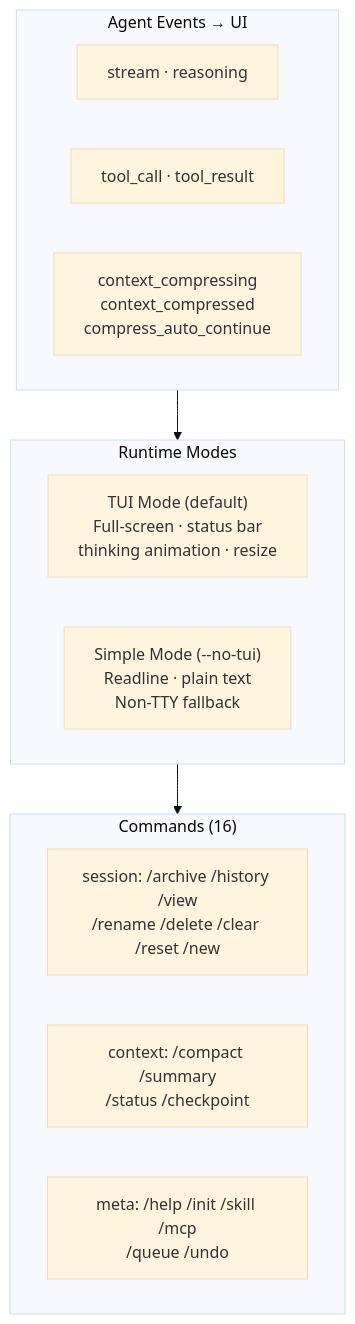
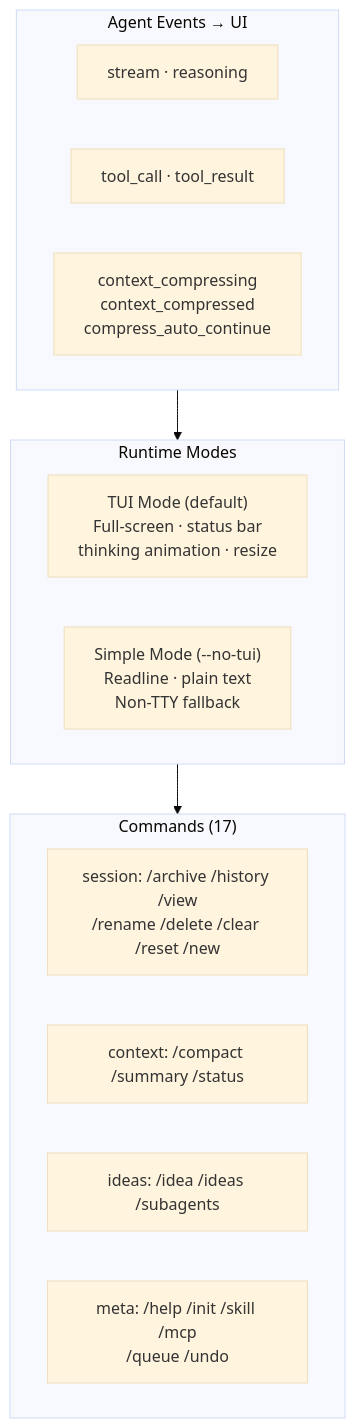
Before and after one commit to linnin233/spica-cli: diagram 12 of 12 in README.md, drawn with Mermaid (base theme). The commit also changed other lines of this file and 3 other files, not shown here.

Commit message:
[spica] docs: update for v85b5606 — checkpoint→idea, tool counts, slash commands, skills

````diff
--- a/README.md
+++ b/README.md
@@ -462,19 +463,20 @@
 ```mermaid
 flowchart TD
     subgraph MODES["Runtime Modes"]
         TUI_MODE["TUI Mode (default)<br/>Full-screen · status bar<br/>thinking animation · resize"]
         SIMPLE["Simple Mode (--no-tui)<br/>Readline · plain text<br/>Non-TTY fallback"]
     end
-    subgraph CMDS["Commands (16)"]
+    subgraph CMDS["Commands (17)"]
         SES["session: /archive /history /view<br/>/rename /delete /clear /reset /new"]
-        CTX["context: /compact /summary<br/>/status /checkpoint"]
+        CTX["context: /compact /summary /status"]
+        IDEAS["ideas: /idea /ideas /subagents"]
         META["meta: /help /init /skill /mcp<br/>/queue /undo"]
     end
     subgraph EVT["Agent Events → UI"]
         SE["stream · reasoning"]
         TE["tool_call · tool_result"]
         CE["context_compressing<br/>context_compressed<br/>compress_auto_continue"]
     end
     MODES --> CMDS
     EVT --> MODES
 ```
````
